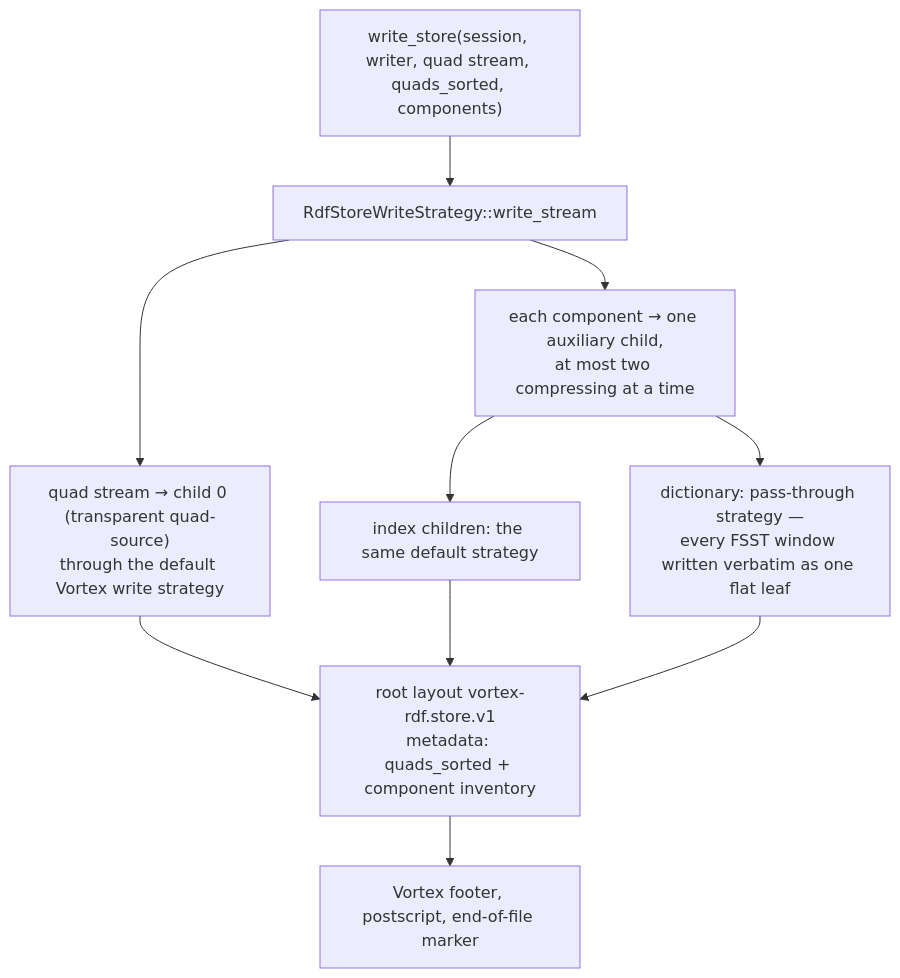
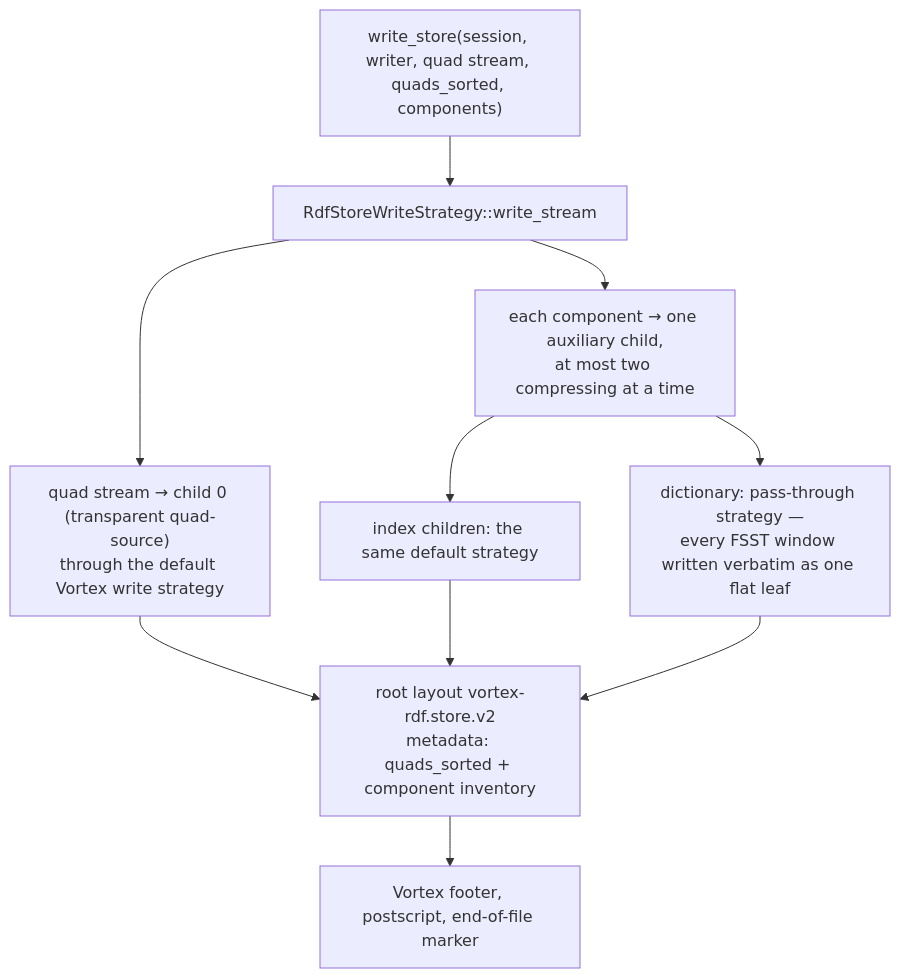
The fourth of 4 diagrams in docs/serialization.md (vortex-rdf/vortex-rdf), drawn with Mermaid before and after one commit. The commit also changed other lines of this file and 21 other files, not shown here.

````diff
--- a/docs/serialization.md
+++ b/docs/serialization.md
@@ -359,12 +359,12 @@
 ```mermaid
 flowchart TD
     W["write_store(session, writer, quad stream, quads_sorted, components)"] --> S["RdfStoreWriteStrategy::write_stream"]
     S --> Q["quad stream → child 0 (transparent quad-source)<br/>through the default Vortex write strategy"]
     S --> C["each component → one auxiliary child,<br/>at most two compressing at a time"]
     C --> C1["index children: the same default strategy"]
     C --> C2["dictionary: pass-through strategy —<br/>every FSST window written verbatim as one flat leaf"]
-    Q --> R["root layout vortex-rdf.store.v1<br/>metadata: quads_sorted + component inventory"]
+    Q --> R["root layout vortex-rdf.store.v2<br/>metadata: quads_sorted + component inventory"]
     C1 --> R
     C2 --> R
     R --> F["Vortex footer, postscript, end-of-file marker"]
 ```
````
